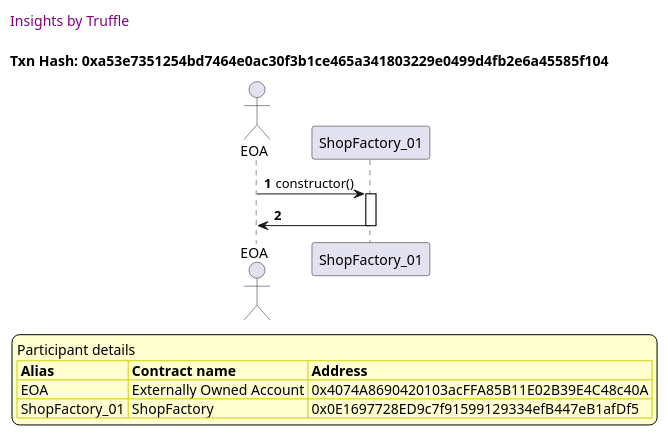
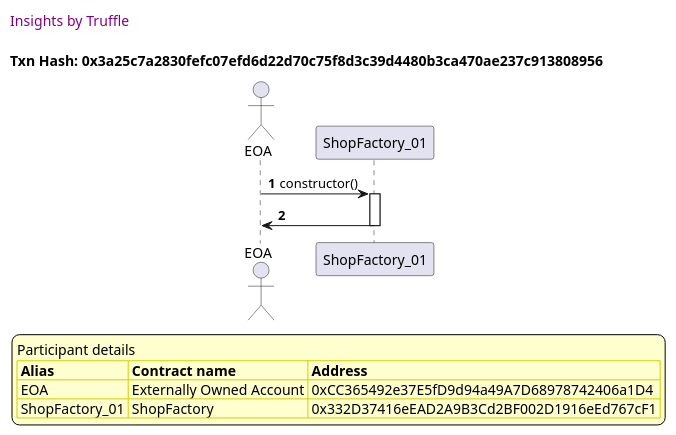
One commit to thedarkjester/ConsensysAssignment changed the fifth of 58 diagrams in truffle-seq/Shop_test_shopfactory_manage_shop.md. Above: the diagram before and after it, drawn with PlantUML. The commit also changed other lines of this file and 13 other files, not shown here.

````diff
--- a/truffle-seq/Shop_test_shopfactory_manage_shop.md
+++ b/truffle-seq/Shop_test_shopfactory_manage_shop.md
@@ -209,37 +209,37 @@
 ```plantuml
 
 
 @startuml
 
 autonumber
 skinparam legendBackgroundColor #FEFECE
 
 <style>
       header {
         HorizontalAlignment left
         FontColor purple
         FontSize 14
         Padding 10
       }
     </style>
 
 header Insights by Truffle
 
-title Txn Hash: 0xa53e7351254bd7464e0ac30f3b1ce465a341803229e0499d4fb2e6a45585f104
+title Txn Hash: 0x3a25c7a2830fefc07efd6d22d70c75f8d3c39d4480b3ca470ae237c913808956
 
 
 actor EOA as "EOA"
 participant ShopFactory_01 as "ShopFactory_01"
 
 "EOA" -> "ShopFactory_01" ++: constructor()
 "ShopFactory_01" -> "EOA" --: 
 
 legend
 Participant details
 <#FEFECE,#D0D000>|= Alias |= Contract name |= Address |
-<#FEFECE>| EOA | Externally Owned Account | 0x4074A8690420103acFFA85B11E02B39E4C48c40A |
-<#FEFECE>| ShopFactory_01 | ShopFactory | 0x0E1697728ED9c7f91599129334efB447eB1afDf5 |
+<#FEFECE>| EOA | Externally Owned Account | 0xCC365492e37E5fD9d94a49A7D68978742406a1D4 |
+<#FEFECE>| ShopFactory_01 | ShopFactory | 0x332D37416eEAD2A9B3Cd2BF002D1916eEd767cF1 |
 endlegend
 
 @enduml
 ```
````
